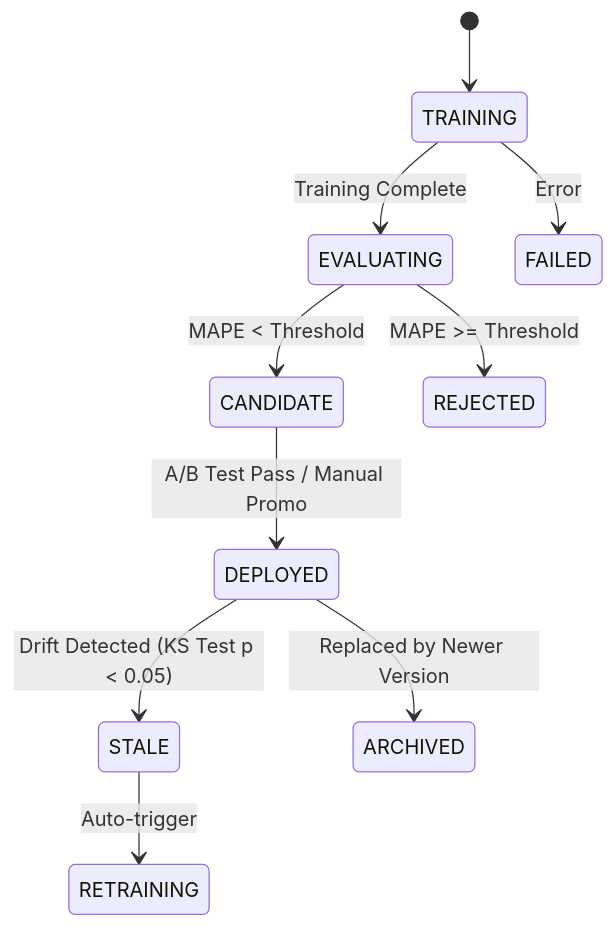
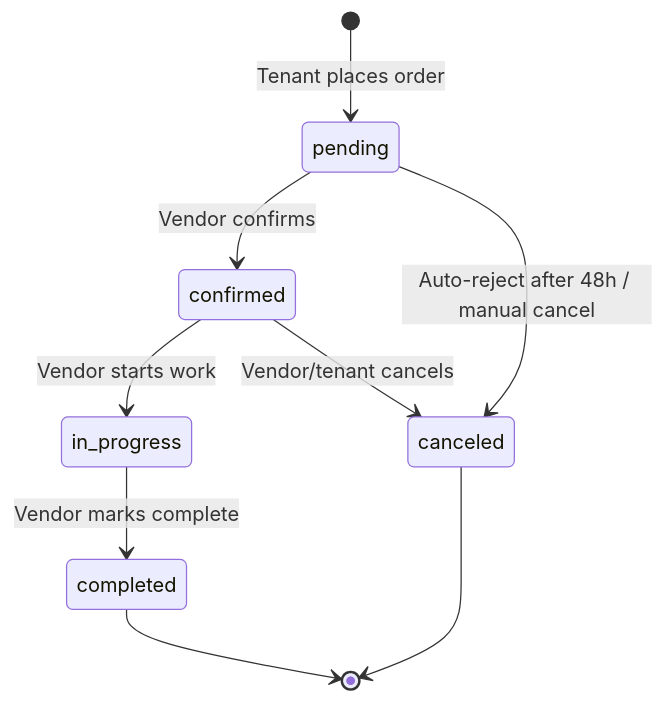
Before and after one commit to itsramaa/Sistem-Hunian: diagram 14 of 22 in docs/domain-state-machines.md, drawn with Mermaid. The commit also changed other lines of this file, not shown here.

````diff
--- a/docs/domain-state-machines.md
+++ b/docs/domain-state-machines.md
@@ -220,15 +658,11 @@
 ```mermaid
 stateDiagram-v2
-    [*] --> TRAINING
-    TRAINING --> EVALUATING: Training Complete
-    TRAINING --> FAILED: Error
-    
-    EVALUATING --> CANDIDATE: MAPE < Threshold
-    EVALUATING --> REJECTED: MAPE >= Threshold
-    
-    CANDIDATE --> DEPLOYED: A/B Test Pass / Manual Promo
-    DEPLOYED --> STALE: Drift Detected (KS Test p < 0.05)
-    DEPLOYED --> ARCHIVED: Replaced by Newer Version
-    
-    STALE --> RETRAINING: Auto-trigger
+    [*] --> pending: Tenant places order
+    pending --> confirmed: Vendor confirms
+    pending --> canceled: Auto-reject after 48h / manual cancel
+    confirmed --> in_progress: Vendor starts work
+    confirmed --> canceled: Vendor/tenant cancels
+    in_progress --> completed: Vendor marks complete
+    completed --> [*]
+    canceled --> [*]
 ```
````
